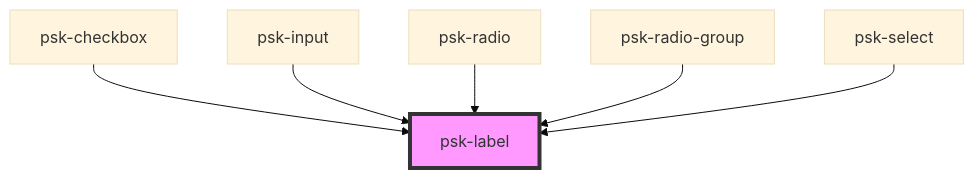
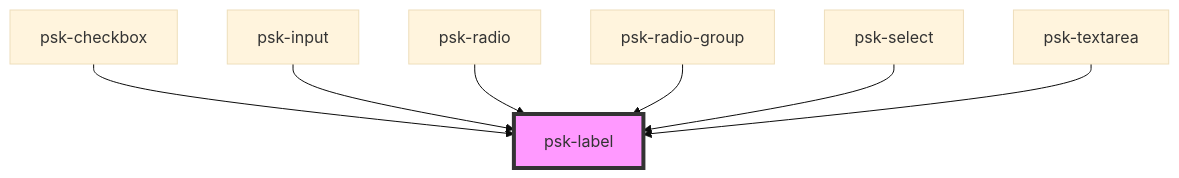
The diagram in src/components/form-components/psk-label/readme.md (daniel-visoiu/cardinal), drawn with Mermaid (base theme) before and after one commit. The commit also changed other lines of this file and 39 other files, not shown here.

````diff
--- a/src/components/form-components/psk-label/readme.md
+++ b/src/components/form-components/psk-label/readme.md
@@ -27,9 +28,10 @@
 ```mermaid
 graph TD;
   psk-checkbox --> psk-label
   psk-input --> psk-label
   psk-radio --> psk-label
   psk-radio-group --> psk-label
   psk-select --> psk-label
+  psk-textarea --> psk-label
   style psk-label fill:#f9f,stroke:#333,stroke-width:4px
 ```
````
